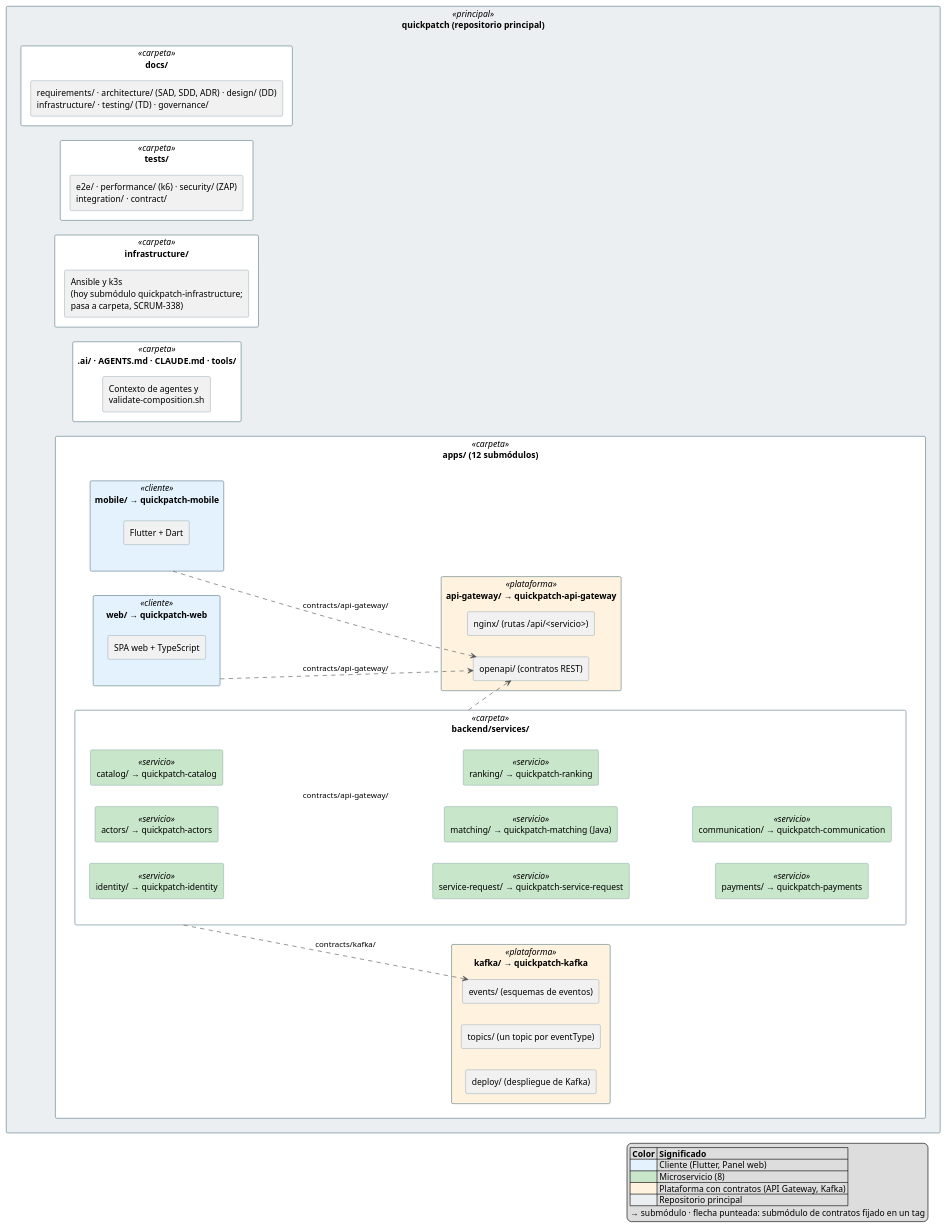
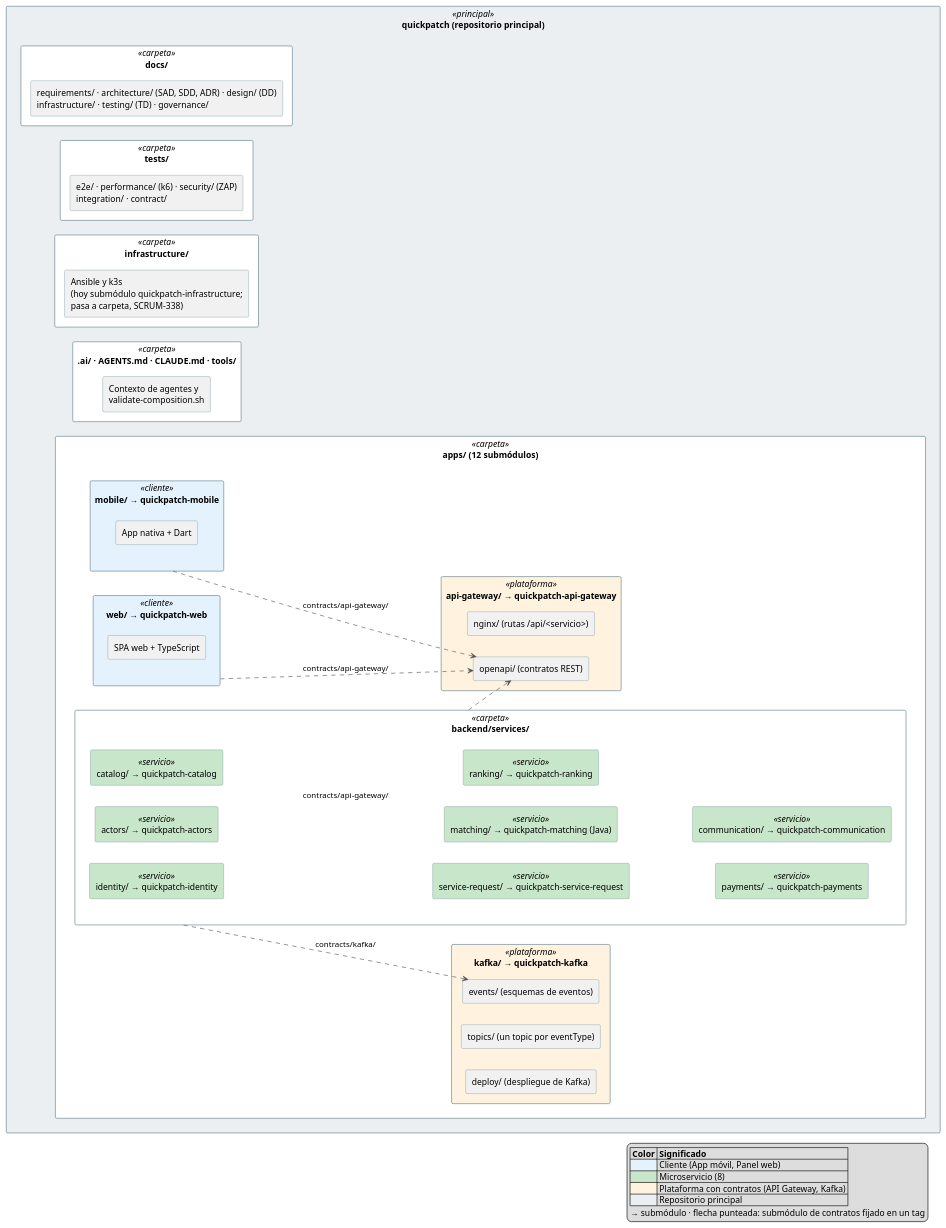
The diagram in docs/architecture/diagrams/sdd/src/07_vista_desarrollo_repositorio.puml (ARQUI-202630/quickpatch), drawn with PlantUML before and after one commit. The commit also changed 16 other files, not shown here.

First line of the commit message:
docs(c4): quitar Flutter de los diagramas (SCRUM-468)

```diff
--- a/docs/architecture/diagrams/sdd/src/07_vista_desarrollo_repositorio.puml
+++ b/docs/architecture/diagrams/sdd/src/07_vista_desarrollo_repositorio.puml
@@ -1,79 +1,79 @@
 @startuml 07_vista_desarrollo_repositorio
 ' Figura de la vista de desarrollo del SDD (sección 10.1): composición del multirepo (ADR-013, ADR-021).
 ' Generar: docker run --rm -v "$PWD:/data" plantuml/plantuml -tsvg -o .. /data/07_vista_desarrollo_repositorio.puml
 skinparam defaultFontName Arial
 skinparam shadowing false
 skinparam packageStyle rectangle
 skinparam ArrowColor #555555
 left to right direction
 
 skinparam package {
   BackgroundColor<<principal>> #ECEFF1
   BackgroundColor<<cliente>> #E3F2FD
   BackgroundColor<<servicio>> #E8F5E9
   BackgroundColor<<plataforma>> #FFF3E0
   BackgroundColor<<carpeta>> #FFFFFF
   BorderColor #607D8B
 }
 skinparam rectangle {
   BackgroundColor<<servicio>> #C8E6C9
   BorderColor #607D8B
 }
 
 package "quickpatch (repositorio principal)" <<principal>> as ROOT {
   package "docs/" <<carpeta>> as DOCS {
     rectangle "requirements/ · architecture/ (SAD, SDD, ADR) · design/ (DD)\ninfrastructure/ · testing/ (TD) · governance/" as DOCS_CONTENT
   }
   package "tests/" <<carpeta>> as TESTS {
     rectangle "e2e/ · performance/ (k6) · security/ (ZAP)\nintegration/ · contract/" as TESTS_CONTENT
   }
   package "infrastructure/" <<carpeta>> as INFRA {
     rectangle "Ansible y k3s\n(hoy submódulo quickpatch-infrastructure;\npasa a carpeta, SCRUM-338)" as INFRA_CONTENT
   }
   package ".ai/ · AGENTS.md · CLAUDE.md · tools/" <<carpeta>> as AI {
     rectangle "Contexto de agentes y\nvalidate-composition.sh" as AI_CONTENT
   }
 
   package "apps/ (12 submódulos)" <<carpeta>> as APPS {
     package "mobile/ → quickpatch-mobile" <<cliente>> as MOBILE {
-      rectangle "Flutter + Dart" as MOBILE_STACK
+      rectangle "App nativa + Dart" as MOBILE_STACK
     }
     package "web/ → quickpatch-web" <<cliente>> as WEB {
       rectangle "SPA web + TypeScript" as WEB_STACK
     }
     package "api-gateway/ → quickpatch-api-gateway" <<plataforma>> as GW {
       rectangle "nginx/ (rutas /api/<servicio>)" as GW_NGINX
       rectangle "openapi/ (contratos REST)" as GW_OPENAPI
     }
     package "backend/services/" <<carpeta>> as SERVICES {
       rectangle "identity/ → quickpatch-identity" <<servicio>> as ID
       rectangle "actors/ → quickpatch-actors" <<servicio>> as ACT
       rectangle "catalog/ → quickpatch-catalog" <<servicio>> as CAT
       rectangle "service-request/ → quickpatch-service-request" <<servicio>> as SR
       rectangle "matching/ → quickpatch-matching (Java)" <<servicio>> as MATCH
       rectangle "ranking/ → quickpatch-ranking" <<servicio>> as RANK
       rectangle "payments/ → quickpatch-payments" <<servicio>> as PAY
       rectangle "communication/ → quickpatch-communication" <<servicio>> as COMM
     }
     package "kafka/ → quickpatch-kafka" <<plataforma>> as KAFKA {
       rectangle "events/ (esquemas de eventos)" as K_EVENTS
       rectangle "topics/ (un topic por eventType)" as K_TOPICS
       rectangle "deploy/ (despliegue de Kafka)" as K_DEPLOY
     }
   }
 }
 
 SERVICES ..> GW_OPENAPI : contracts/api-gateway/
 SERVICES ..> K_EVENTS : contracts/kafka/
 WEB ..> GW_OPENAPI : contracts/api-gateway/
 MOBILE ..> GW_OPENAPI : contracts/api-gateway/
 
 legend right
   |= Color |= Significado |
-  |<#E3F2FD>| Cliente (Flutter, Panel web) |
+  |<#E3F2FD>| Cliente (App móvil, Panel web) |
   |<#C8E6C9>| Microservicio (8) |
   |<#FFF3E0>| Plataforma con contratos (API Gateway, Kafka) |
   |<#ECEFF1>| Repositorio principal |
   → submódulo · flecha punteada: submódulo de contratos fijado en un tag
 endlegend
 @enduml
```
